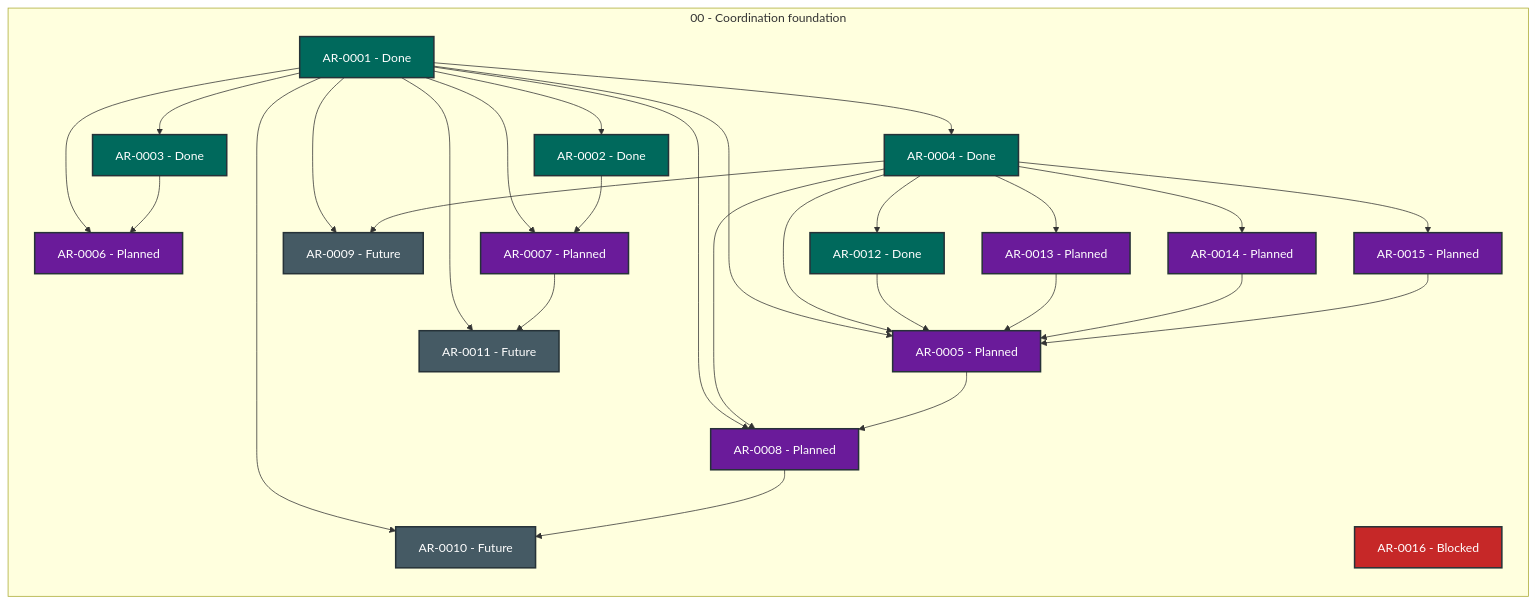
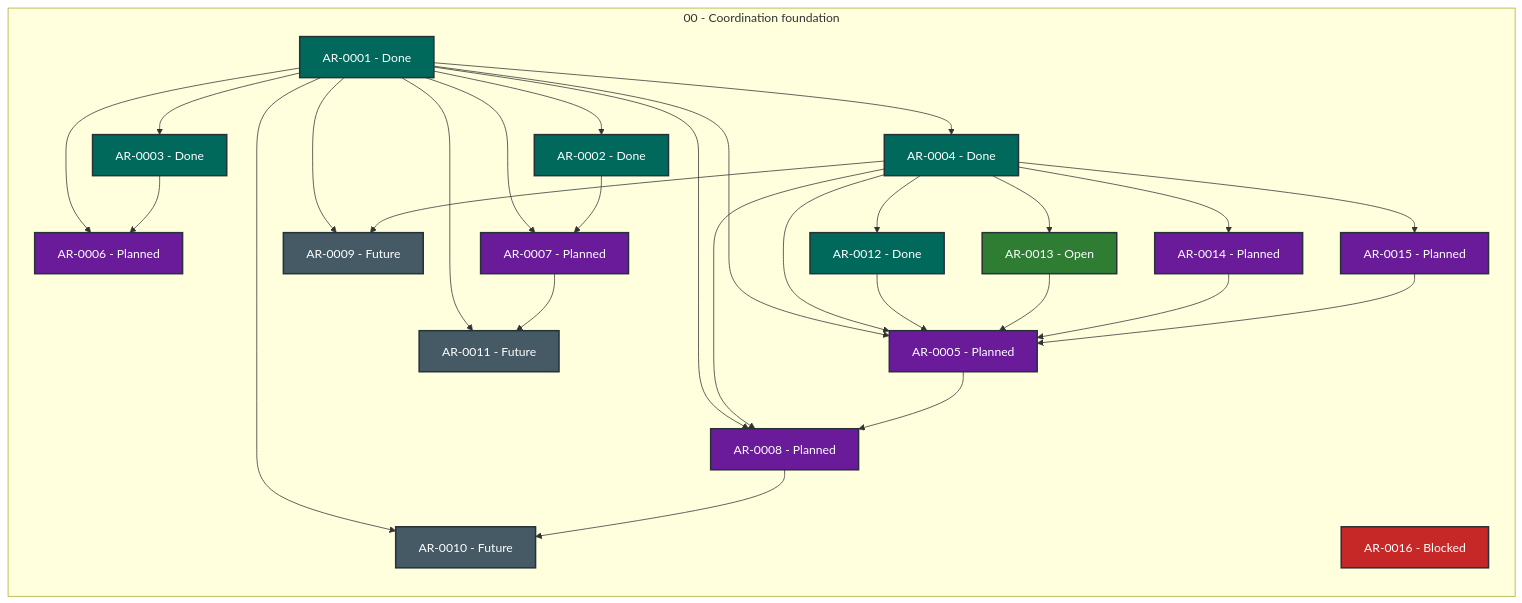
One commit to martin-beck/agent-workflow-quality-state changed the diagram in STATUS.md. Above: the diagram before and after it, drawn with Mermaid. The commit also changed other lines of this file and 2 other files, not shown here.

````diff
--- a/STATUS.md
+++ b/STATUS.md
@@ -27,56 +27,56 @@
 ```mermaid
 flowchart LR
     subgraph series_00["00 - Coordination foundation"]
         direction TB
         AR_0001["AR-0001 - Done"]:::status_done
         AR_0002["AR-0002 - Done"]:::status_done
         AR_0003["AR-0003 - Done"]:::status_done
         AR_0004["AR-0004 - Done"]:::status_done
         AR_0005["AR-0005 - Planned"]:::status_planned
         AR_0006["AR-0006 - Planned"]:::status_planned
         AR_0007["AR-0007 - Planned"]:::status_planned
         AR_0008["AR-0008 - Planned"]:::status_planned
         AR_0009["AR-0009 - Future"]:::status_future
         AR_0010["AR-0010 - Future"]:::status_future
         AR_0011["AR-0011 - Future"]:::status_future
         AR_0012["AR-0012 - Done"]:::status_done
-        AR_0013["AR-0013 - Planned"]:::status_planned
+        AR_0013["AR-0013 - Open"]:::status_open
         AR_0014["AR-0014 - Planned"]:::status_planned
         AR_0015["AR-0015 - Planned"]:::status_planned
         AR_0016["AR-0016 - Blocked"]:::status_blocked
     end
     AR_0001 --> AR_0002
     AR_0001 --> AR_0003
     AR_0001 --> AR_0004
     AR_0001 --> AR_0005
     AR_0001 --> AR_0006
     AR_0001 --> AR_0007
     AR_0001 --> AR_0008
     AR_0001 --> AR_0009
     AR_0001 --> AR_0010
     AR_0001 --> AR_0011
     AR_0002 --> AR_0007
     AR_0003 --> AR_0006
     AR_0004 --> AR_0005
     AR_0004 --> AR_0008
     AR_0004 --> AR_0009
     AR_0004 --> AR_0012
     AR_0004 --> AR_0013
     AR_0004 --> AR_0014
     AR_0004 --> AR_0015
     AR_0005 --> AR_0008
     AR_0007 --> AR_0011
     AR_0008 --> AR_0010
     AR_0012 --> AR_0005
     AR_0013 --> AR_0005
     AR_0014 --> AR_0005
     AR_0015 --> AR_0005
     classDef status_in_progress fill:#1565c0,color:#ffffff,stroke:#263238,stroke-width:2px
     classDef status_open fill:#2e7d32,color:#ffffff,stroke:#263238,stroke-width:2px
     classDef status_blocked fill:#c62828,color:#ffffff,stroke:#263238,stroke-width:2px
     classDef status_planned fill:#6a1b9a,color:#ffffff,stroke:#263238,stroke-width:2px
     classDef status_future fill:#455a64,color:#ffffff,stroke:#263238,stroke-width:2px
     classDef status_done fill:#00695c,color:#ffffff,stroke:#263238,stroke-width:2px
     classDef status_cancelled fill:#616161,color:#ffffff,stroke:#263238,stroke-width:2px
     classDef status_superseded fill:#5d4037,color:#ffffff,stroke:#263238,stroke-width:2px
 ```
````
